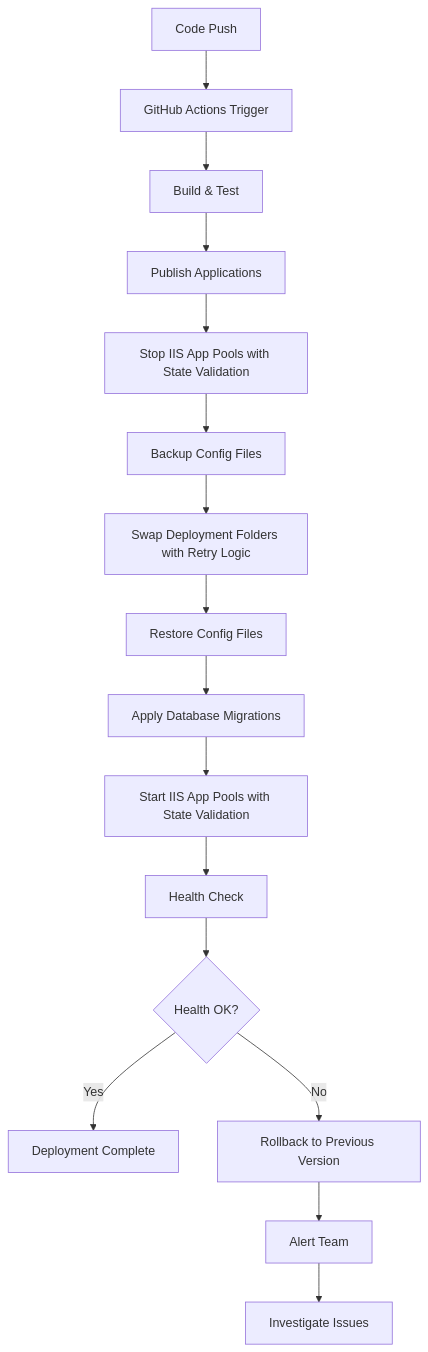
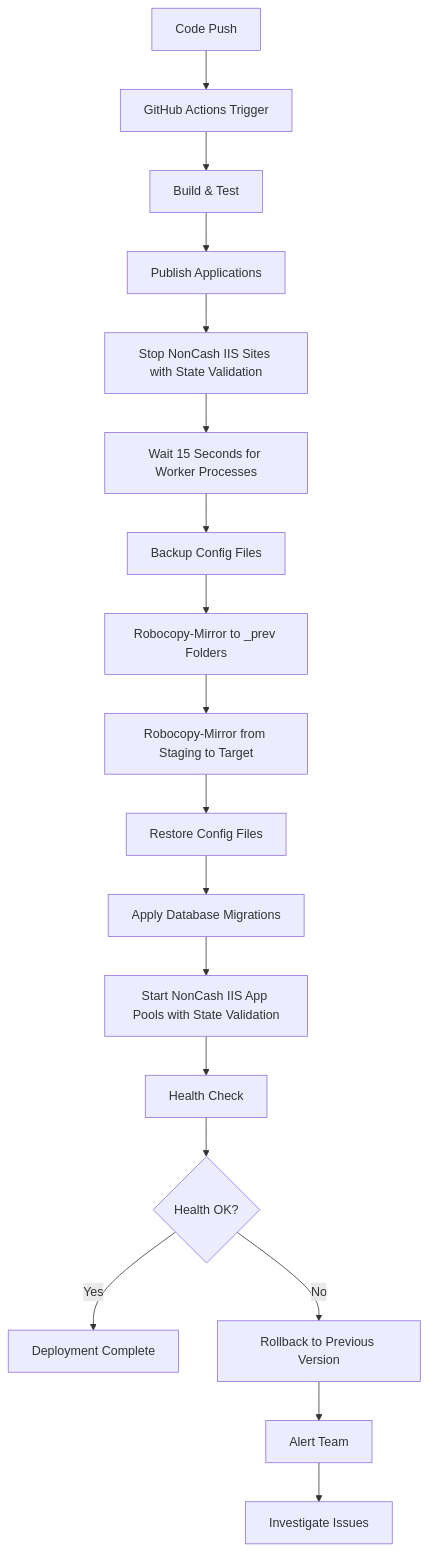
Before and after one commit to lamhongbac/NonCash: the seventh of 7 diagrams in .qoder/repowiki/en/content/Configuration and Deployment/Deployment Strategies and Infrastructure.md, drawn with Mermaid. The commit also changed other lines of this file and 2 other files, not shown here.

Commit message:
deploy flow CI/CD

````diff
--- a/.qoder/repowiki/en/content/Configuration and Deployment/Deployment Strategies and Infrastructure.md
+++ b/.qoder/repowiki/en/content/Configuration and Deployment/Deployment Strategies and Infrastructure.md
@@ -610,18 +623,20 @@
 ```mermaid
 flowchart TD
 A[Code Push] --> B[GitHub Actions Trigger]
 B --> C[Build & Test]
 C --> D[Publish Applications]
-D --> E[Stop IIS App Pools with State Validation]
-E --> F[Backup Config Files]
-F --> G[Swap Deployment Folders with Retry Logic]
-G --> H[Restore Config Files]
-H --> I[Apply Database Migrations]
-I --> J[Start IIS App Pools with State Validation]
-J --> K[Health Check]
-K --> L{Health OK?}
-L --> |Yes| M[Deployment Complete]
-L --> |No| N[Rollback to Previous Version]
-N --> O[Alert Team]
-O --> P[Investigate Issues]
+D --> E[Stop NonCash IIS Sites with State Validation]
+E --> F[Wait 15 Seconds for Worker Processes]
+F --> G[Backup Config Files]
+G --> H[Robocopy-Mirror to _prev Folders]
+H --> I[Robocopy-Mirror from Staging to Target]
+I --> J[Restore Config Files]
+J --> K[Apply Database Migrations]
+K --> L[Start NonCash IIS App Pools with State Validation]
+L --> M[Health Check]
+M --> N{Health OK?}
+N --> |Yes| O[Deployment Complete]
+N --> |No| P[Rollback to Previous Version]
+P --> Q[Alert Team]
+Q --> R[Investigate Issues]
 ```
````
